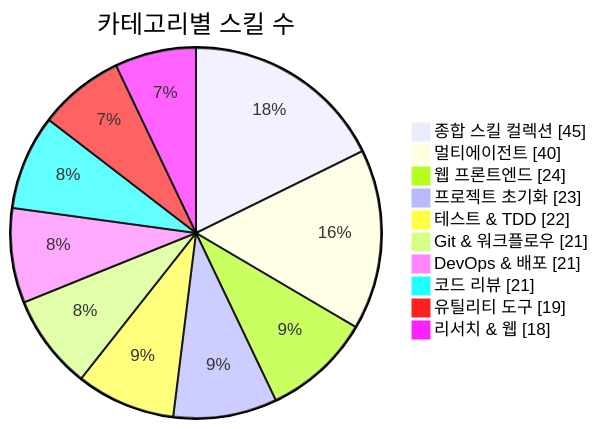
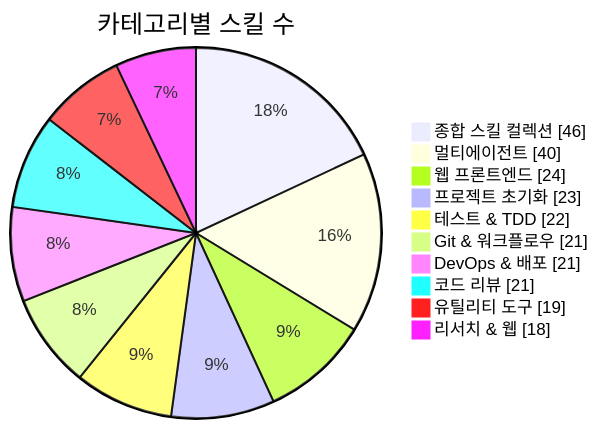
One commit to J-nowcow/awesome-korean-agent-skills changed the first of 3 diagrams in README.md. Above: the diagram before and after it, drawn with Mermaid. The commit also changed other lines of this file and 3 other files, not shown here.

````diff
--- a/README.md
+++ b/README.md
@@ -176,14 +176,14 @@
 ```mermaid
 pie showData
     title 카테고리별 스킬 수
-    "종합 스킬 컬렉션" : 45
+    "종합 스킬 컬렉션" : 46
     "멀티에이전트" : 40
     "웹 프론트엔드" : 24
     "프로젝트 초기화" : 23
     "테스트 & TDD" : 22
     "Git & 워크플로우" : 21
     "DevOps & 배포" : 21
     "코드 리뷰" : 21
     "유틸리티 도구" : 19
     "리서치 & 웹" : 18
 ```
````
